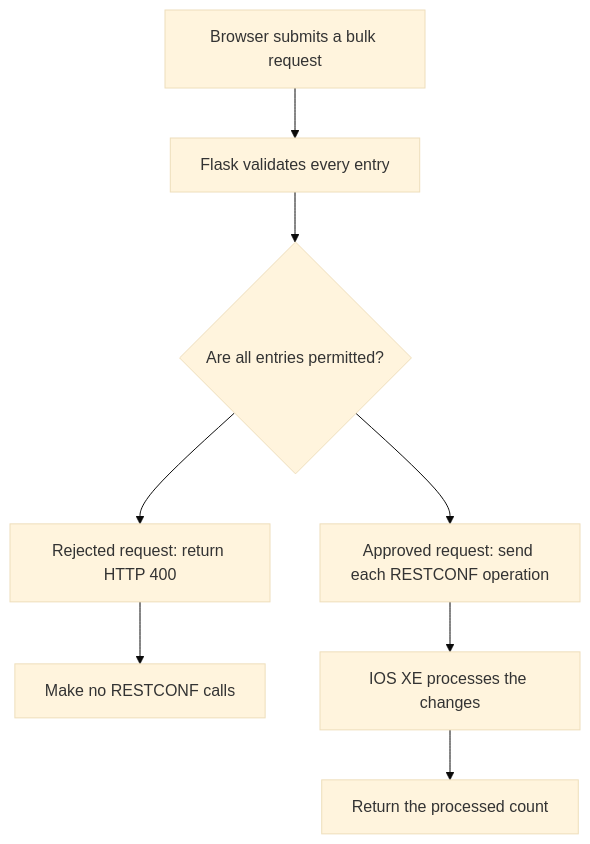
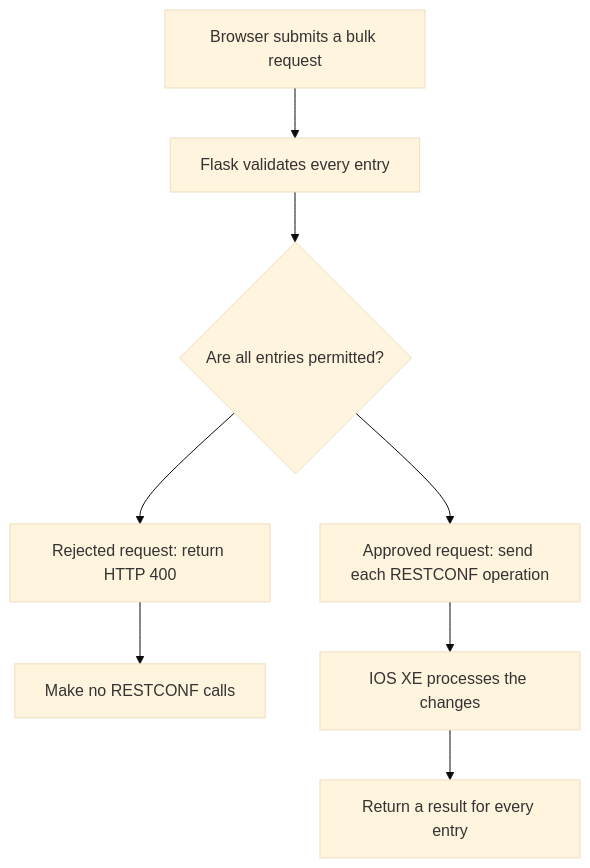
Before and after one commit to tanthanh85/CCNAAUTO-LAB: the second of 2 diagrams in Lab 09 - RESTCONF Management Console/Lab9.md, drawn with Mermaid (base theme). The commit also changed other lines of this file and 18 other files, not shown here.

````diff
--- a/Lab 09 - RESTCONF Management Console/Lab9.md
+++ b/Lab 09 - RESTCONF Management Console/Lab9.md
@@ -118,10 +118,10 @@
 ```mermaid
 flowchart TD
     A["Browser submits a bulk request"] --> B["Flask validates every entry"]
     B --> C{"Are all entries permitted?"}
     C --> D["Rejected request: return HTTP 400"]
     D --> E["Make no RESTCONF calls"]
     C --> F["Approved request: send each RESTCONF operation"]
     F --> G["IOS XE processes the changes"]
-    G --> H["Return the processed count"]
+    G --> H["Return a result for every entry"]
 ```
````
